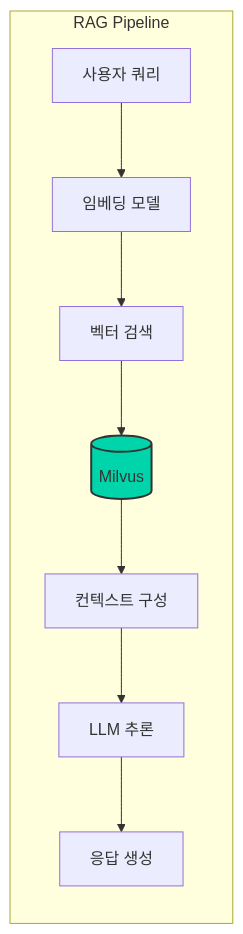
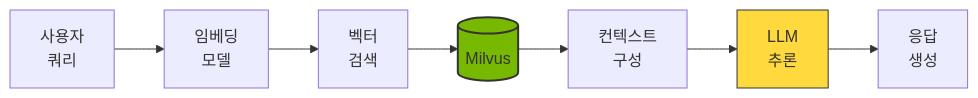
The first of 2 diagrams in docs/agentic-ai-platform/gateway-agents/milvus-vector-database.md (devfloor9/engineering-playbook), drawn with Mermaid before and after one commit. The commit also changed other lines of this file and 24 other files, not shown here.

````diff
--- a/docs/agentic-ai-platform/gateway-agents/milvus-vector-database.md
+++ b/docs/agentic-ai-platform/gateway-agents/milvus-vector-database.md
@@ -39,21 +39,20 @@
 ```mermaid
-graph LR
-    subgraph "RAG Pipeline"
-        Query["사용자 쿼리"]
-        Embed["임베딩 모델"]
-        Search["벡터 검색"]
-        Milvus[(Milvus)]
-        Context["컨텍스트 구성"]
-        LLM["LLM 추론"]
-        Response["응답 생성"]
-    end
-    
-    Query --> Embed
-    Embed --> Search
-    Search --> Milvus
-    Milvus --> Context
-    Context --> LLM
-    LLM --> Response
-    
-    style Milvus fill:#00d4aa,stroke:#333,stroke-width:2px
+flowchart LR
+    Q[사용자<br/>쿼리]
+    E[임베딩<br/>모델]
+    S[벡터<br/>검색]
+    M[(Milvus)]
+    C[컨텍스트<br/>구성]
+    L[LLM<br/>추론]
+    R[응답<br/>생성]
+
+    Q --> E
+    E --> S
+    S --> M
+    M --> C
+    C --> L
+    L --> R
+
+    style M fill:#76b900,stroke:#333,stroke-width:2px
+    style L fill:#ffd93d,stroke:#333
 ```
````
